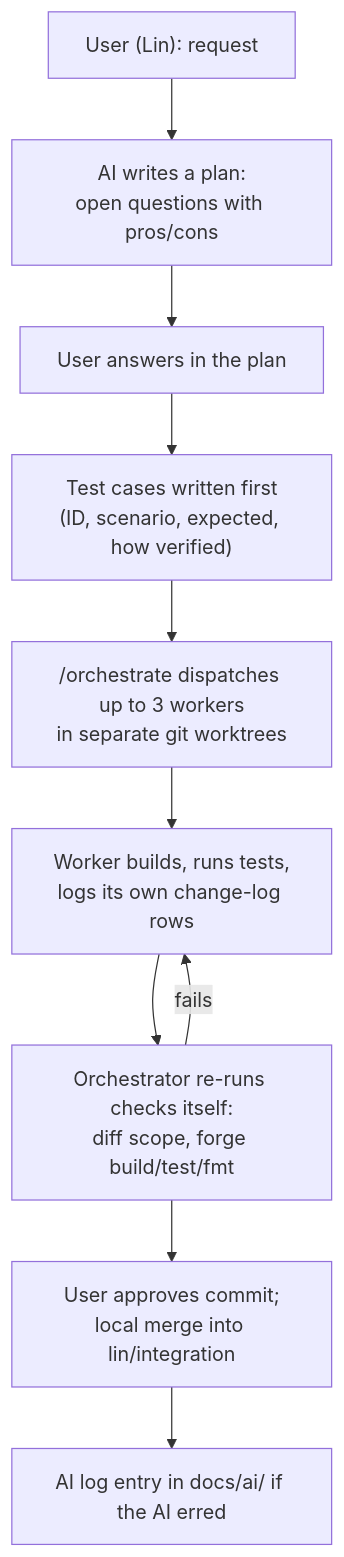
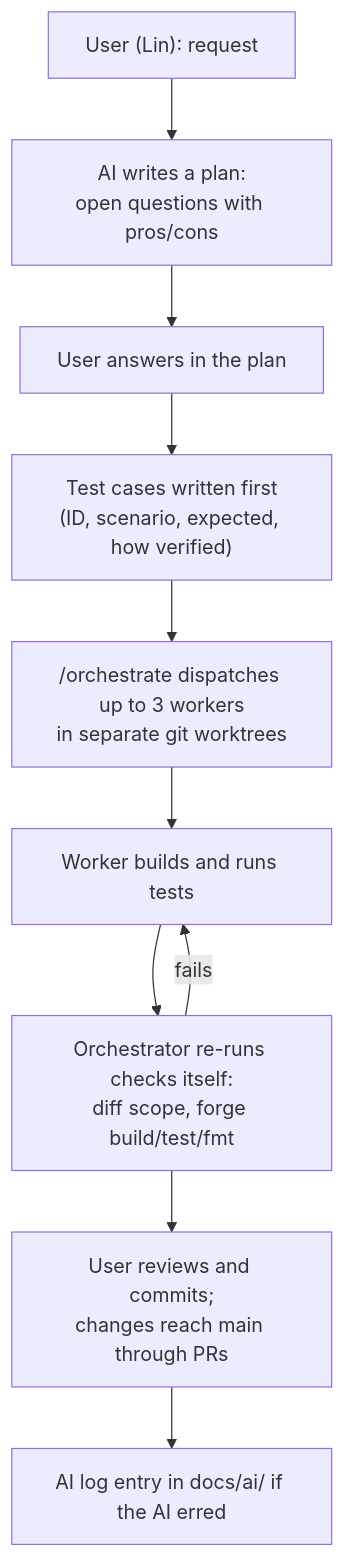
Before and after one commit to CLinnSheng/Sooth: the first of 2 diagrams in docs/ai-audit-report.md, drawn with Mermaid. The commit also changed other lines of this file and 4 other files, not shown here.

````diff
--- a/docs/ai-audit-report.md
+++ b/docs/ai-audit-report.md
@@ -98,12 +97,12 @@
 ```mermaid
 flowchart TD
     U["User (Lin): request"] --> P["AI writes a plan:<br/>open questions with pros/cons"]
     P --> A["User answers in the plan"]
     A --> T["Test cases written first<br/>(ID, scenario, expected, how verified)"]
     T --> D["/orchestrate dispatches up to 3 workers<br/>in separate git worktrees"]
-    D --> W["Worker builds, runs tests,<br/>logs its own change-log rows"]
+    D --> W["Worker builds and runs tests"]
     W --> V["Orchestrator re-runs checks itself:<br/>diff scope, forge build/test/fmt"]
     V -->|fails| W
-    V --> R["User approves commit;<br/>local merge into lin/integration"]
+    V --> R["User reviews and commits;<br/>changes reach main through PRs"]
     R --> L["AI log entry in docs/ai/ if the AI erred"]
 ```
````
